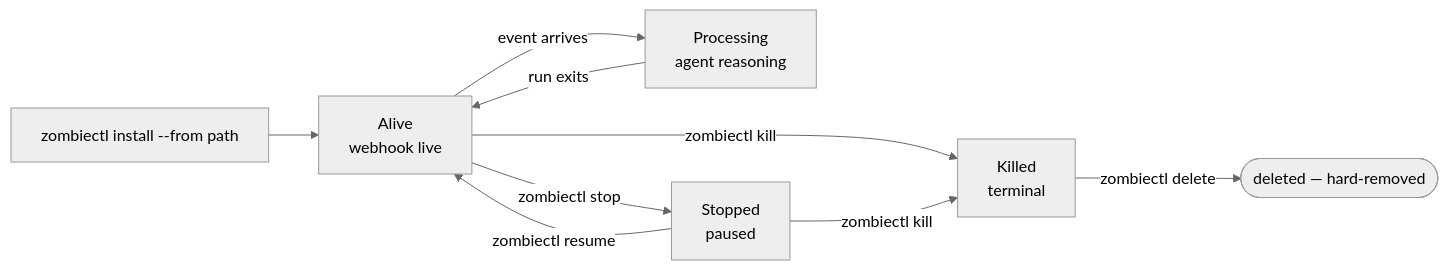
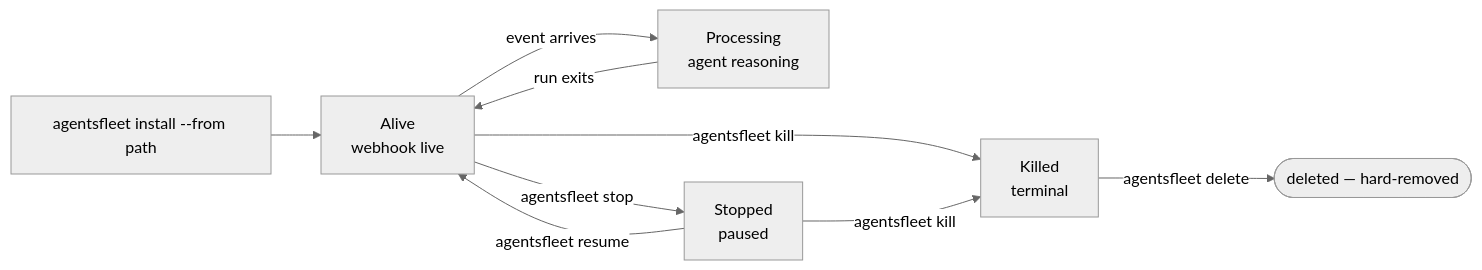
The diagram in zombies/overview.mdx (agentsfleet/docs), drawn with Mermaid (neutral theme) before and after one commit. The commit also changed other lines of this file and 36 other files, not shown here.

````diff
--- a/zombies/overview.mdx
+++ b/zombies/overview.mdx
@@ -16,11 +16,11 @@
 ```mermaid
 flowchart LR
-    Install[zombiectl install --from path] --> Alive[Alive<br/>webhook live]
+    Install[agentsfleet install --from path] --> Alive[Alive<br/>webhook live]
     Alive -->|event arrives| Processing[Processing<br/>agent reasoning]
     Processing -->|run exits| Alive
-    Alive -->|zombiectl stop| Stopped[Stopped<br/>paused]
-    Stopped -->|zombiectl resume| Alive
-    Alive -->|zombiectl kill| Killed[Killed<br/>terminal]
-    Stopped -->|zombiectl kill| Killed
-    Killed -->|zombiectl delete| Deleted([deleted — hard-removed])
+    Alive -->|agentsfleet stop| Stopped[Stopped<br/>paused]
+    Stopped -->|agentsfleet resume| Alive
+    Alive -->|agentsfleet kill| Killed[Killed<br/>terminal]
+    Stopped -->|agentsfleet kill| Killed
+    Killed -->|agentsfleet delete| Deleted([deleted — hard-removed])
 ```
````
